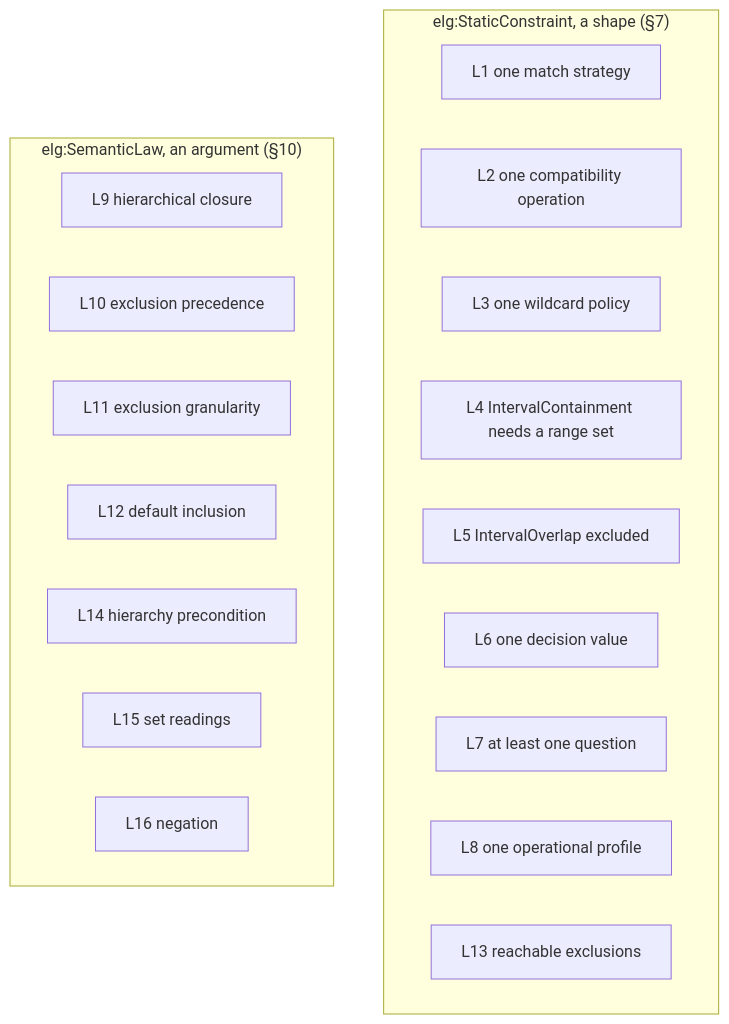
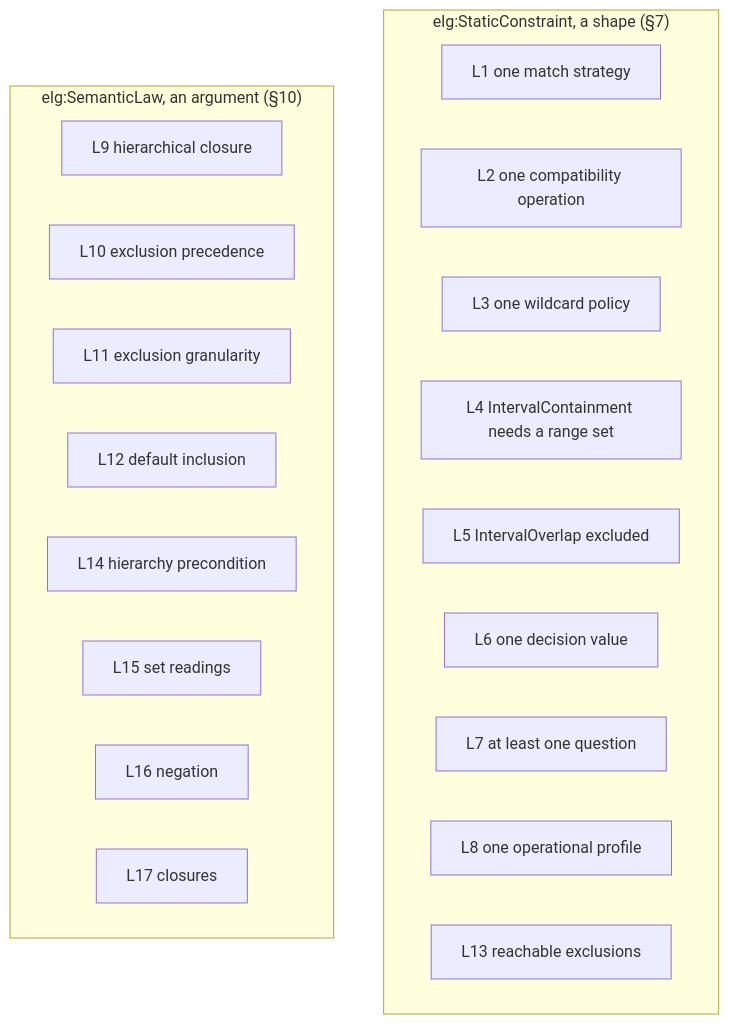
One commit to nebularis/lattice changed diagram 11 of 15 in ontology/eligibility/README.md. Above: the diagram before and after it, drawn with Mermaid. The commit also changed other lines of this file and 62 other files, not shown here.

````diff
--- a/ontology/eligibility/README.md
+++ b/ontology/eligibility/README.md
@@ -533,23 +587,24 @@
 ```mermaid
 flowchart TB
     subgraph Static["elg:StaticConstraint, a shape (§7)"]
         L1["L1 one match strategy"]
         L2["L2 one compatibility operation"]
         L3["L3 one wildcard policy"]
         L4["L4 IntervalContainment needs a range set"]
         L5["L5 IntervalOverlap excluded"]
         L6["L6 one decision value"]
         L7["L7 at least one question"]
         L8["L8 one operational profile"]
         L13["L13 reachable exclusions"]
     end
     subgraph Semantic["elg:SemanticLaw, an argument (§10)"]
         L9["L9 hierarchical closure"]
         L10["L10 exclusion precedence"]
         L11["L11 exclusion granularity"]
         L12["L12 default inclusion"]
         L14["L14 hierarchy precondition"]
         L15["L15 set readings"]
         L16["L16 negation"]
+        L17["L17 closures"]
     end
 ```
````
